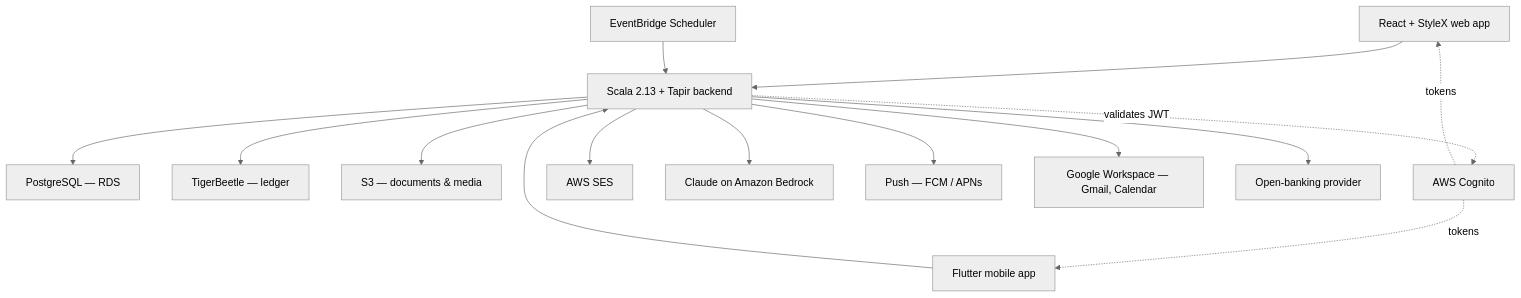
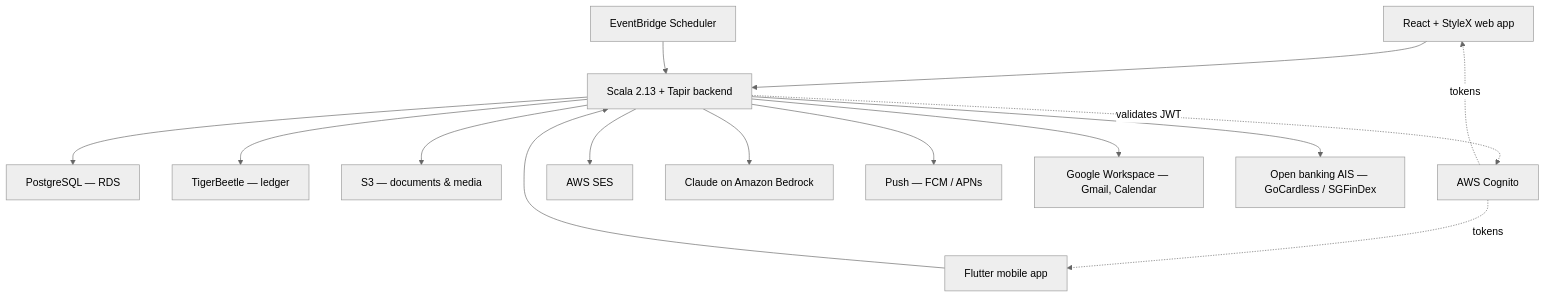
The third of 3 diagrams in Kanzen-Platform-Spec.md (alexflav23/kanzen), drawn with Mermaid (neutral theme) before and after one commit. The commit also changed other lines of this file and 2 other files, not shown here.

First line of the commit message:
Lock open-banking provider (GoCardless BAD); add F12 spec

````diff
--- a/Kanzen-Platform-Spec.md
+++ b/Kanzen-Platform-Spec.md
@@ -417,17 +417,17 @@
 ```mermaid
 graph TD
     W["React + StyleX web app"] --> API
     M["Flutter mobile app"] --> API
     API["Scala 2.13 + Tapir backend"] --> DB["PostgreSQL — RDS"]
     API --> TB["TigerBeetle — ledger"]
     API --> S3["S3 — documents & media"]
     AUTH["AWS Cognito"] -.tokens.-> W
     AUTH -.tokens.-> M
     API -.validates JWT.-> AUTH
     CRON["EventBridge Scheduler"] --> API
     API --> SES["AWS SES"]
     API --> BR["Claude on Amazon Bedrock"]
     API --> PUSH["Push — FCM / APNs"]
     API --> GW["Google Workspace — Gmail, Calendar"]
-    API --> BANK["Open-banking provider"]
+    API --> BANK["Open banking AIS — GoCardless / SGFinDex"]
 ```
````
